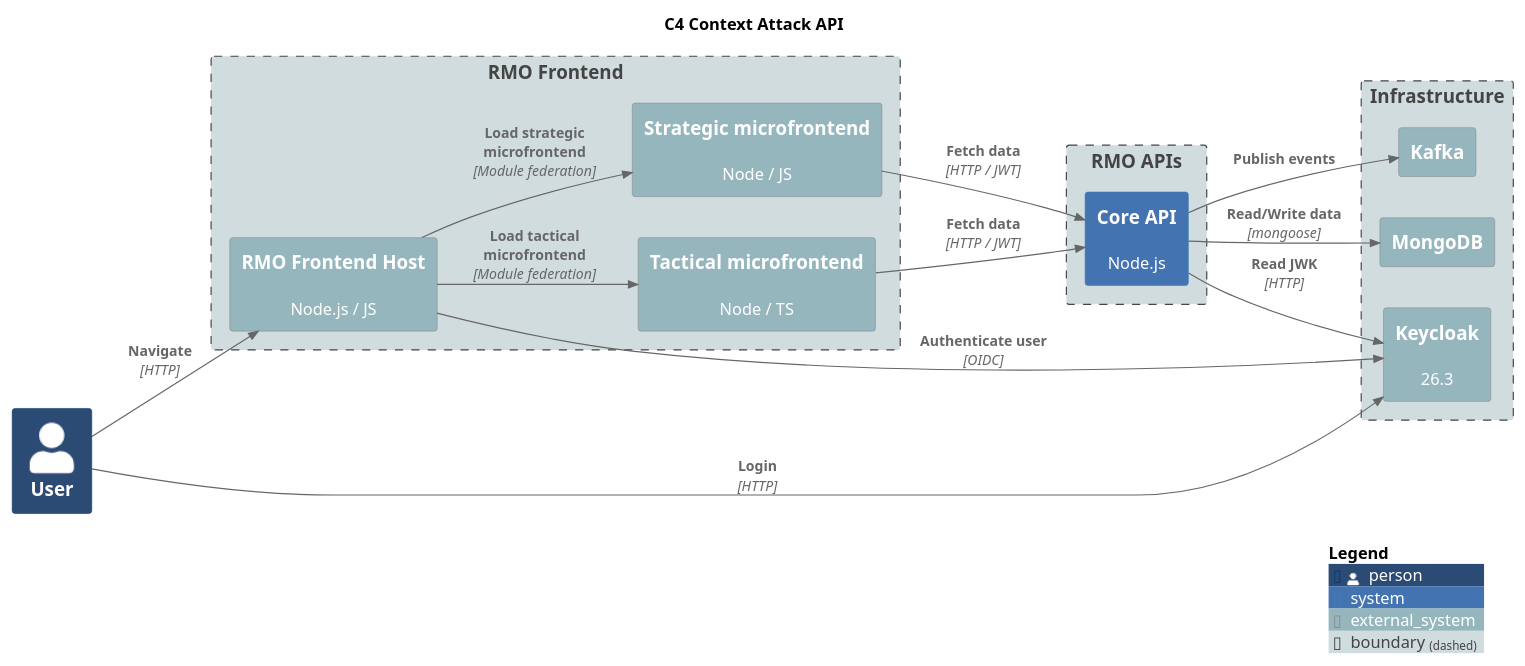
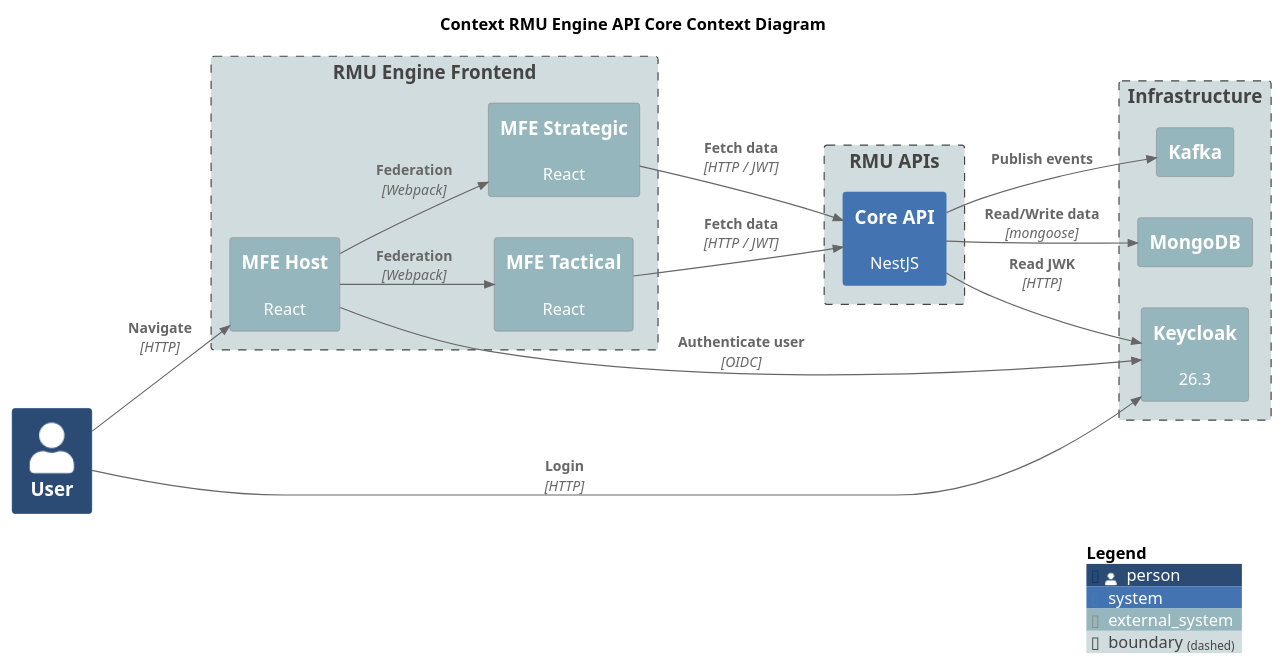
One commit to labcabrera/rmu-api-core changed the diagram in diagrams/c4-context.plantuml. Above: the diagram before and after it, drawn with PlantUML. The commit also changed 3 other files, not shown here.

```diff
--- a/diagrams/c4-context.plantuml
+++ b/diagrams/c4-context.plantuml
@@ -1,51 +1,51 @@
-@startuml C4 Context Attack API
-title C4 Context Attack API
+@startuml RMU Engine API Core Context Diagram
+title Context RMU Engine API Core Context Diagram
 
 !include https://raw.githubusercontent.com/plantuml-stdlib/C4-PlantUML/master/C4_Context.puml
 
 LAYOUT_LEFT_RIGHT()
 
 UpdateElementStyle(person, $bgColor="#2b4a74ff")
 UpdateElementStyle(system, $bgColor="#4373b1ff")
 UpdateElementStyle(external_system, $bgColor="#96b6beff")
 UpdateElementStyle(boundary, $bgColor="#d1dcdfff")
 
 Person(user, "User")
 
-Boundary(frontend, "RMO Frontend") {
-    System_Ext(rmu_fe_host, "RMO Frontend Host", "Node.js / JS")
-    System_Ext(rmu_fe_strategic, "Strategic microfrontend", "Node / JS")
-    System_Ext(rmu_fe_tactical, "Tactical microfrontend", "Node / TS")
+Boundary(frontend, "RMU Engine Frontend") {
+    System_Ext(rmu_fe_host, "MFE Host", "React")
+    System_Ext(rmu_fe_strategic, "MFE Strategic", "React")
+    System_Ext(rmu_fe_tactical, "MFE Tactical", "React")
 }
 
-Boundary(apis, "RMO APIs") {
-    System(rmu_api_core, "Core API", "Node.js")
+Boundary(apis, "RMU APIs") {
+    System(rmu_api_core, "Core API", "NestJS")
 }
 
 Boundary(infrastructure, "Infrastructure") {
     System_Ext(mongodb, "MongoDB", "")
     System_Ext(keycloak, "Keycloak", "26.3")
     System_Ext(kafka, "Kafka", "")
 }
 
 Rel(user, rmu_fe_host, "Navigate", "HTTP")
 Rel(user, keycloak, "Login", "HTTP")
 
 ' Frontends
 
-Rel(rmu_fe_host, rmu_fe_strategic, "Load strategic microfrontend", "Module federation")
-Rel(rmu_fe_host, rmu_fe_tactical, "Load tactical microfrontend", "Module federation")
+Rel(rmu_fe_host, rmu_fe_strategic, "Federation", "Webpack")
+Rel(rmu_fe_host, rmu_fe_tactical, "Federation", "Webpack")
 Rel(rmu_fe_host, keycloak, "Authenticate user", "OIDC")
 
 Rel(rmu_fe_strategic, rmu_api_core, "Fetch data", "HTTP / JWT")
 Rel(rmu_fe_tactical, rmu_api_core, "Fetch data", "HTTP / JWT")
 
 Rel(rmu_api_core, mongodb, "Read/Write data", "mongoose")
 
 Rel(rmu_api_core, keycloak, "Read JWK", "HTTP")
 
 Rel(rmu_api_core, kafka, "Publish events", "")
 
 SHOW_LEGEND()
 
 @enduml
```
